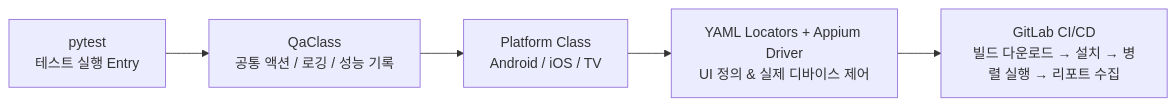
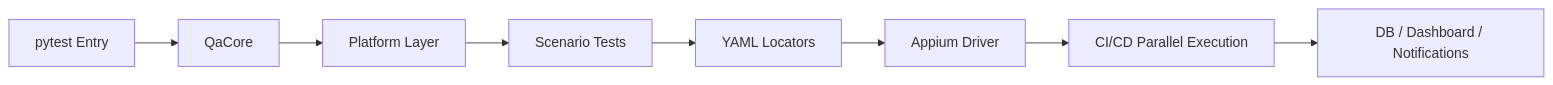
Before and after one commit to jintaekim-QA/jintaekim-QA.github.io: the diagram in mobile-automation/automation-framework.md, drawn with Mermaid. The commit also changed other lines of this file, not shown here.

````diff
--- a/mobile-automation/automation-framework.md
+++ b/mobile-automation/automation-framework.md
@@ -14,7 +13,10 @@
 ```mermaid
 flowchart LR
-    A[pytest<br/>테스트 실행 Entry] --> B[QaClass<br/>공통 액션 / 로깅 / 성능 기록]
-    B --> C[Platform Class<br/>Android / iOS / TV]
-    C --> D[YAML Locators + Appium Driver<br/>UI 정의 & 실제 디바이스 제어]
-    D --> E[GitLab CI/CD<br/>빌드 다운로드 → 설치 → 병렬 실행 → 리포트 수집]
+    A[pytest Entry] --> B[QaCore]
+    B --> C[Platform Layer]
+    C --> D[Scenario Tests]
+    D --> E[YAML Locators]
+    E --> F[Appium Driver]
+    F --> G[CI/CD Parallel Execution]
+    G --> H[DB / Dashboard / Notifications]
 ```
````
